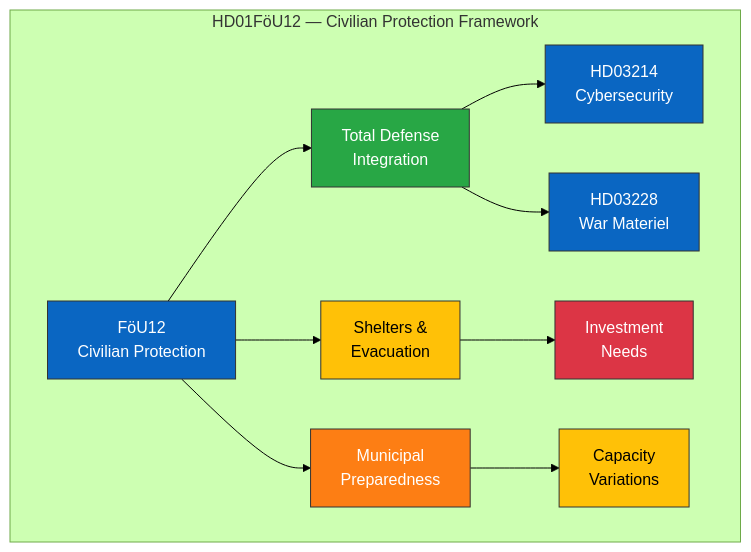
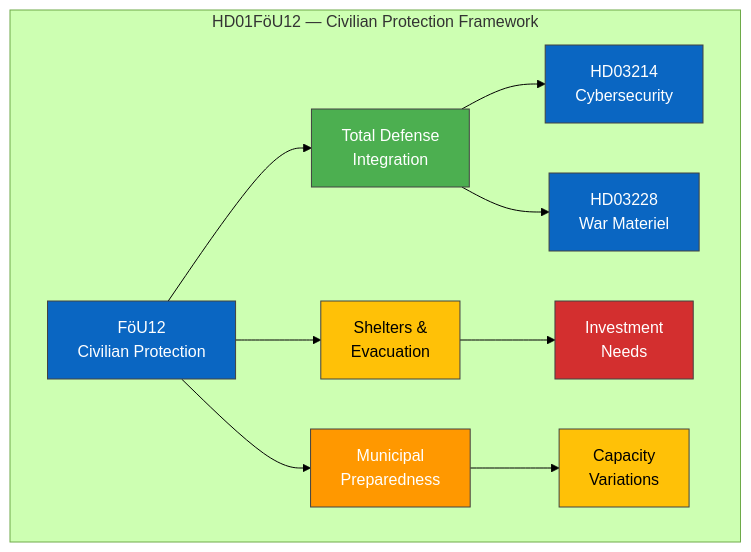
The diagram in analysis/daily/2026-04-04/realtime-1212/documents/HD01FöU12-analysis.md (Hack23/riksdagsmonitor), drawn with Mermaid (forest theme) before and after one commit. The commit also changed 785 other files, not shown here.

First line of the commit message:
Normalize mermaid colors across 786 analysis artifacts to ISMS Style Guide palette

````diff
--- a/analysis/daily/2026-04-04/realtime-1212/documents/HD01FöU12-analysis.md
+++ b/analysis/daily/2026-04-04/realtime-1212/documents/HD01FöU12-analysis.md
@@ -58,20 +58,20 @@
 ```mermaid
 graph TD
     subgraph "HD01FöU12 — Civilian Protection Framework"
         A["FöU12<br/>Civilian Protection"] --> B["Shelters &<br/>Evacuation"]
         A --> C["Municipal<br/>Preparedness"]
         A --> D["Total Defense<br/>Integration"]
         D --> E["HD03214<br/>Cybersecurity"]
         D --> F["HD03228<br/>War Materiel"]
         B --> G["Investment<br/>Needs"]
         C --> H["Capacity<br/>Variations"]
     end
-    style A fill:#0A66C2,stroke:#333,color:#fff
-    style B fill:#ffc107,stroke:#333,color:#000
-    style C fill:#fd7e14,stroke:#333,color:#fff
-    style D fill:#28a745,stroke:#333,color:#fff
-    style E fill:#0A66C2,stroke:#333,color:#fff
-    style F fill:#0A66C2,stroke:#333,color:#fff
-    style G fill:#dc3545,stroke:#333,color:#fff
-    style H fill:#ffc107,stroke:#333,color:#000
+    style A fill:#0A66C2,stroke:#424242,color:#FFFFFF
+    style B fill:#FFC107,stroke:#424242,color:#000000
+    style C fill:#FF9800,stroke:#424242,color:#FFFFFF
+    style D fill:#4CAF50,stroke:#424242,color:#FFFFFF
+    style E fill:#0A66C2,stroke:#424242,color:#FFFFFF
+    style F fill:#0A66C2,stroke:#424242,color:#FFFFFF
+    style G fill:#D32F2F,stroke:#424242,color:#FFFFFF
+    style H fill:#FFC107,stroke:#424242,color:#000000
 ```
````
